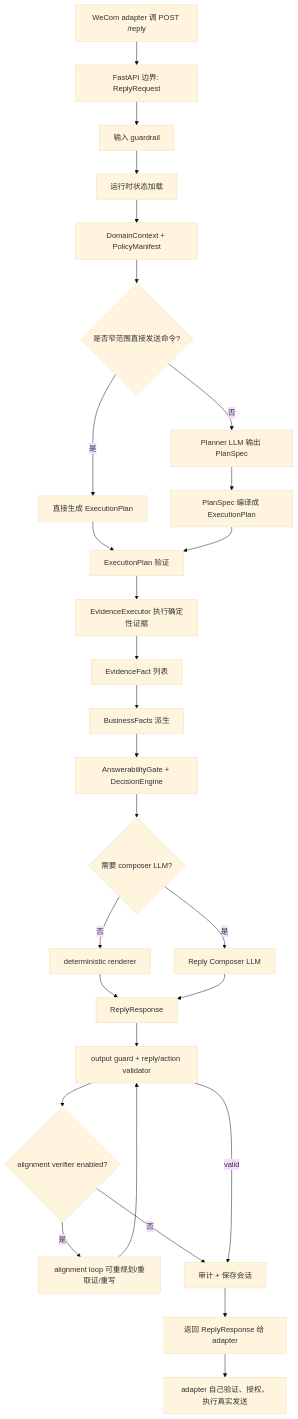
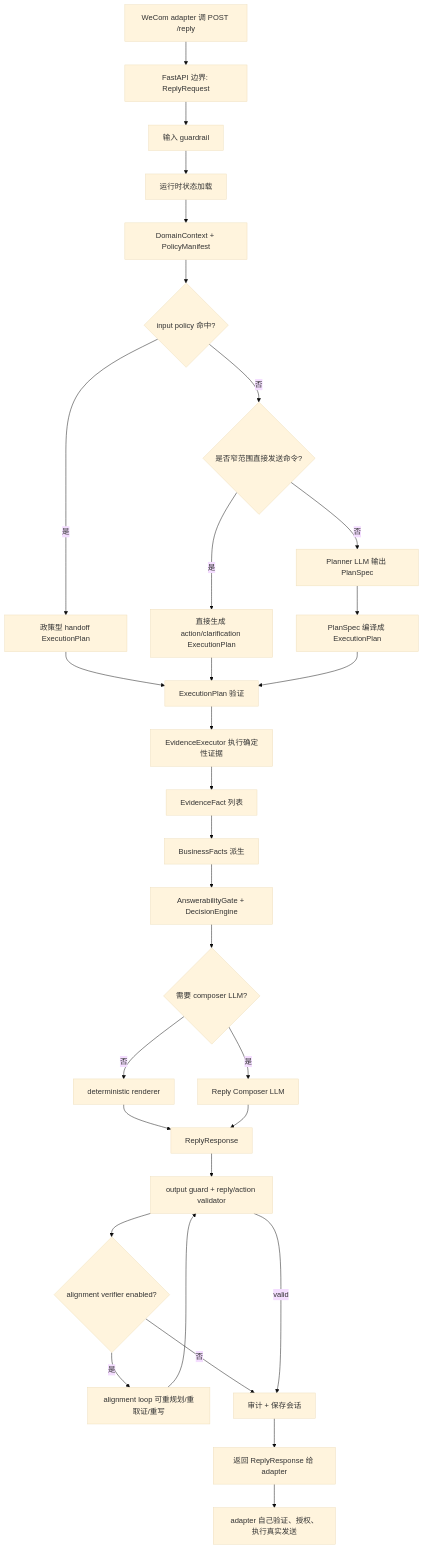
Before and after one commit to peterlololsss/market_support_crewai_agent: the first of 16 diagrams in docs/agent_vibe_report.md, drawn with Mermaid (base theme). The commit also changed other lines of this file and 22 other files, not shown here.

````diff
--- a/docs/agent_vibe_report.md
+++ b/docs/agent_vibe_report.md
@@ -11,30 +11,33 @@
 ```mermaid
 flowchart TD
     A[WeCom adapter 调 POST /reply] --> B[FastAPI 边界: ReplyRequest]
     B --> C[输入 guardrail]
     C --> D[运行时状态加载]
     D --> E[DomainContext + PolicyManifest]
-    E --> F{是否窄范围直接发送命令?}
-    F -- 是 --> G[直接生成 ExecutionPlan]
-    F -- 否 --> H[Planner LLM 输出 PlanSpec]
-    H --> I[PlanSpec 编译成 ExecutionPlan]
-    G --> J[ExecutionPlan 验证]
-    I --> J
-    J --> K[EvidenceExecutor 执行确定性证据]
-    K --> L[EvidenceFact 列表]
-    L --> M[BusinessFacts 派生]
-    M --> N[AnswerabilityGate + DecisionEngine]
-    N --> O{需要 composer LLM?}
-    O -- 否 --> P[deterministic renderer]
-    O -- 是 --> Q[Reply Composer LLM]
-    P --> R[ReplyResponse]
-    Q --> R
-    R --> S[output guard + reply/action validator]
-    S --> T{alignment verifier enabled?}
-    T -- 是 --> U[alignment loop 可重规划/重取证/重写]
-    U --> S
-    T -- 否 --> V[审计 + 保存会话]
-    S -- valid --> V
-    V --> W[返回 ReplyResponse 给 adapter]
-    W --> X[adapter 自己验证、授权、执行真实发送]
+    E --> F{input policy 命中?}
+    F -- 是 --> G[政策型 handoff ExecutionPlan]
+    F -- 否 --> H{是否窄范围直接发送命令?}
+    H -- 是 --> I[直接生成 action/clarification ExecutionPlan]
+    H -- 否 --> J[Planner LLM 输出 PlanSpec]
+    J --> K[PlanSpec 编译成 ExecutionPlan]
+    G --> L[ExecutionPlan 验证]
+    I --> L
+    K --> L
+    L --> M[EvidenceExecutor 执行确定性证据]
+    M --> N[EvidenceFact 列表]
+    N --> O[BusinessFacts 派生]
+    O --> P[AnswerabilityGate + DecisionEngine]
+    P --> Q{需要 composer LLM?}
+    Q -- 否 --> R[deterministic renderer]
+    Q -- 是 --> S[Reply Composer LLM]
+    R --> T[ReplyResponse]
+    S --> T
+    T --> U[output guard + reply/action validator]
+    U --> V{alignment verifier enabled?}
+    V -- 是 --> W[alignment loop 可重规划/重取证/重写]
+    W --> U
+    V -- 否 --> X[审计 + 保存会话]
+    U -- valid --> X
+    X --> Y[返回 ReplyResponse 给 adapter]
+    Y --> Z[adapter 自己验证、授权、执行真实发送]
 ```
````
